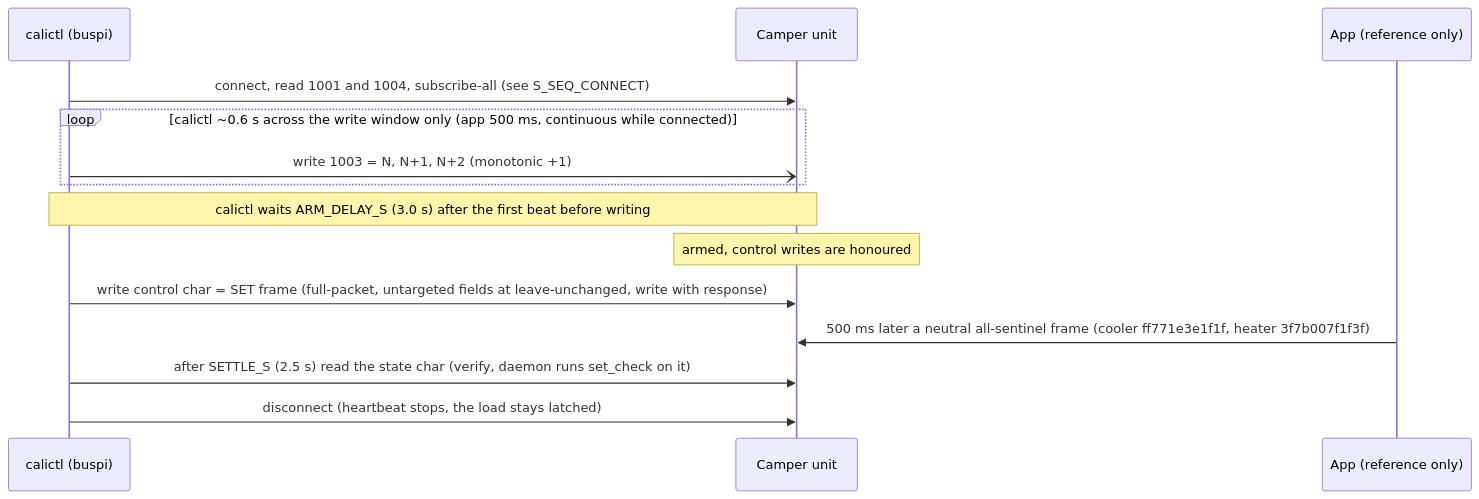
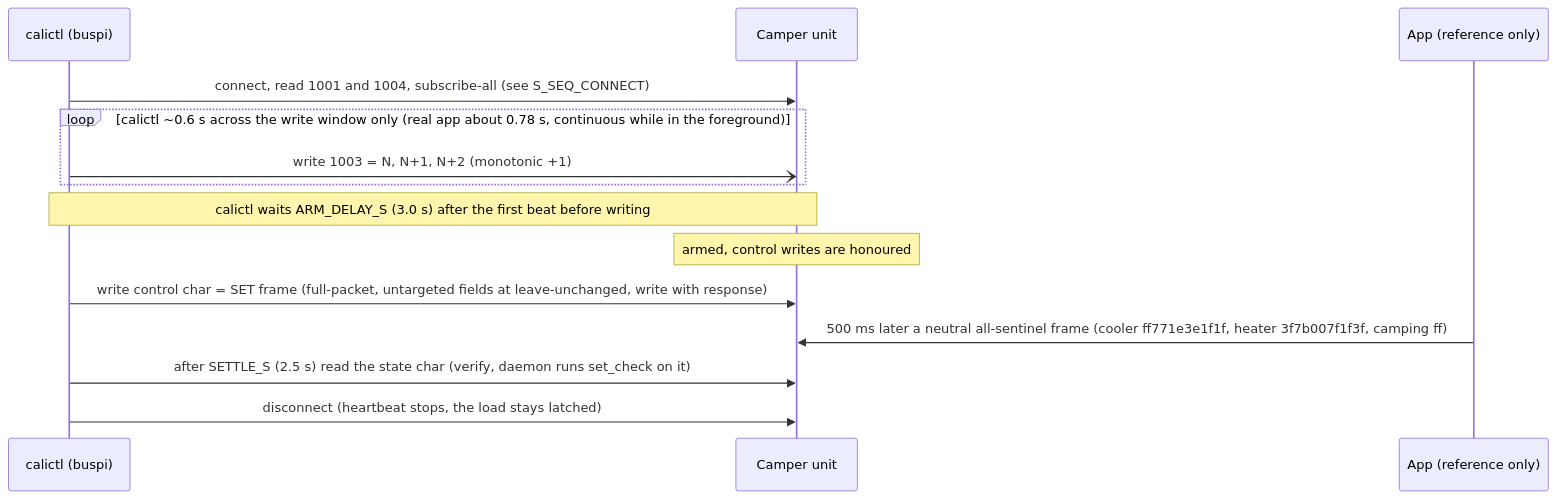
Before and after one commit to ckeller42/open-california: the fifth of 17 diagrams in docs/protocol-sequences.rst, drawn with Mermaid. The commit also changed other lines of this file and 3 other files, not shown here.

First line of the commit message:
docs(protocol): real app on the real unit — 2026-10-10 capture (#278)

```diff
--- a/docs/protocol-sequences.rst
+++ b/docs/protocol-sequences.rst
@@ -521,16 +537,16 @@
 .. mermaid::
 
     sequenceDiagram
         participant C as calictl (buspi)
         participant U as Camper unit
         participant A as App (reference only)
         C->>U: connect, read 1001 and 1004, subscribe-all (see S_SEQ_CONNECT)
-        loop calictl ~0.6 s across the write window only (app 500 ms, continuous while connected)
+        loop calictl ~0.6 s across the write window only (real app about 0.78 s, continuous while in the foreground)
             C-)U: write 1003 = N, N+1, N+2 (monotonic +1)
         end
         Note over C,U: calictl waits ARM_DELAY_S (3.0 s) after the first beat before writing
         Note over U: armed, control writes are honoured
         C->>U: write control char = SET frame (full-packet, untargeted fields at leave-unchanged, write with response)
-        A->>U: 500 ms later a neutral all-sentinel frame (cooler ff771e3e1f1f, heater 3f7b007f1f3f)
+        A->>U: 500 ms later a neutral all-sentinel frame (cooler ff771e3e1f1f, heater 3f7b007f1f3f, camping ff)
         C->>U: after SETTLE_S (2.5 s) read the state char (verify, daemon runs set_check on it)
         C->>U: disconnect (heartbeat stops, the load stays latched)
```
